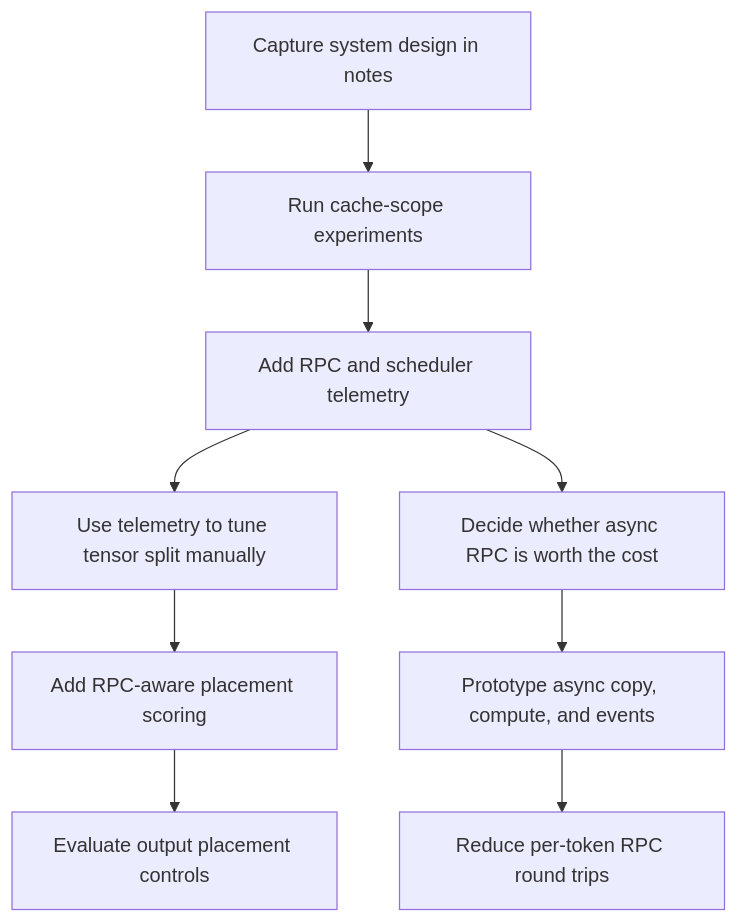
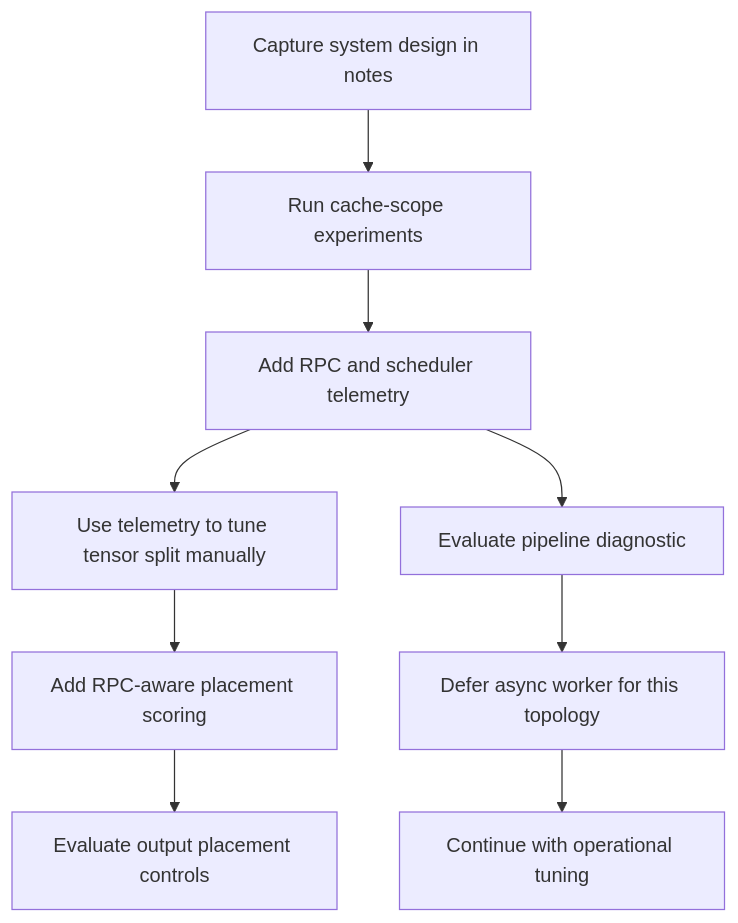
One commit to abhisek-roy/llama.cpp changed the ninth of 9 diagrams in notes/rpc/09-performance-system-design.md. Above: the diagram before and after it, drawn with Mermaid. The commit also changed other lines of this file and 3 other files, not shown here.

````diff
--- a/notes/rpc/09-performance-system-design.md
+++ b/notes/rpc/09-performance-system-design.md
@@ -251,11 +274,11 @@
 ```mermaid
 flowchart TD
     A["Capture system design in notes"] --> B["Run cache-scope experiments"]
     B --> C["Add RPC and scheduler telemetry"]
     C --> D["Use telemetry to tune tensor split manually"]
     D --> E["Add RPC-aware placement scoring"]
     E --> F["Evaluate output placement controls"]
-    C --> G["Decide whether async RPC is worth the cost"]
-    G --> H["Prototype async copy, compute, and events"]
-    H --> I["Reduce per-token RPC round trips"]
+    C --> G["Evaluate pipeline diagnostic"]
+    G --> H["Defer async worker for this topology"]
+    H --> I["Continue with operational tuning"]
 ```
````
